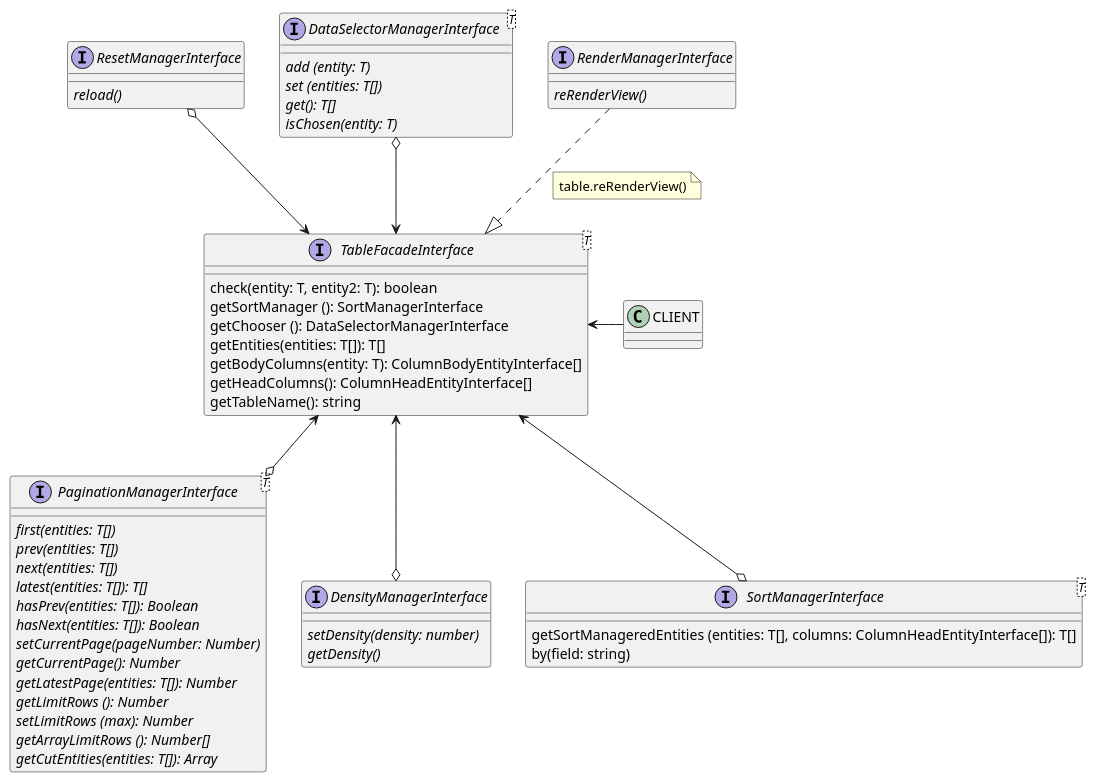
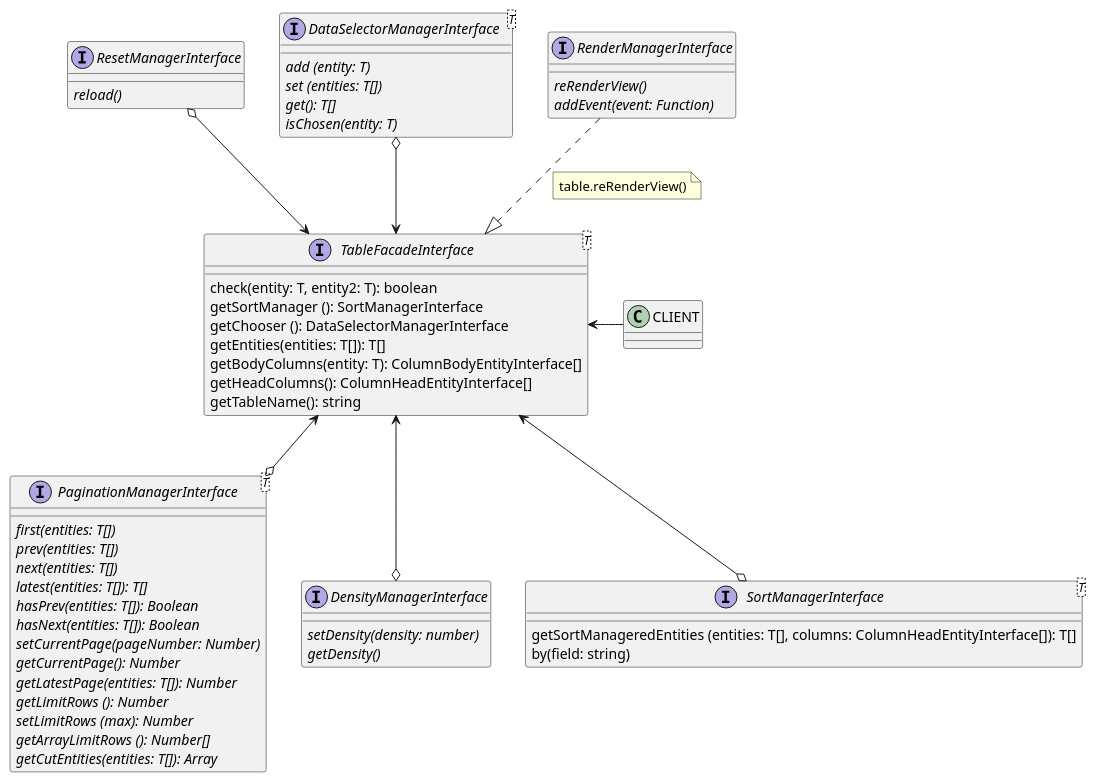
The diagram in src/Models/RenderManager/RenderManager.puml (gothic-prince/table-component-es), drawn with PlantUML before and after one commit. The commit also changed 9 other files, not shown here.

```diff
--- a/src/Models/RenderManager/RenderManager.puml
+++ b/src/Models/RenderManager/RenderManager.puml
@@ -1,66 +1,67 @@
 @startuml
 
 interface PaginationManagerInterface <T> {
   {abstract} first(entities: T[])
   {abstract} prev(entities: T[])
   {abstract} next(entities: T[])
   {abstract} latest(entities: T[]): T[]
   {abstract} hasPrev(entities: T[]): Boolean
   {abstract} hasNext(entities: T[]): Boolean
   {abstract} setCurrentPage(pageNumber: Number)
   {abstract} getCurrentPage(): Number
   {abstract} getLatestPage(entities: T[]): Number
   {abstract} getLimitRows (): Number
   {abstract} setLimitRows (max): Number
   {abstract} getArrayLimitRows (): Number[]
   {abstract} getCutEntities(entities: T[]): Array
 }
 interface DensityManagerInterface {
   {abstract} setDensity(density: number)
   {abstract} getDensity()
 }
 interface ResetManagerInterface {
   {abstract} reload()
 }
 interface DataSelectorManagerInterface <T> {
   {abstract} add (entity: T)
   {abstract} set (entities: T[])
   {abstract} get(): T[]
   {abstract} isChosen(entity: T)
 }
 
 interface SortManagerInterface <T> {
     getSortManageredEntities (entities: T[], columns: ColumnHeadEntityInterface[]): T[]
     by(field: string)
 }
 
 interface RenderManagerInterface {
     {abstract} reRenderView()
+    {abstract} addEvent(event: Function)
 }
 
 interface TableFacadeInterface <T> {
   check(entity: T, entity2: T): boolean
   getSortManager (): SortManagerInterface
   getChooser (): DataSelectorManagerInterface
   getEntities(entities: T[]): T[]
   getBodyColumns(entity: T): ColumnBodyEntityInterface[]
   getHeadColumns(): ColumnHeadEntityInterface[]
   getTableName(): string
 }
 
 DataSelectorManagerInterface o--> TableFacadeInterface
 
 ResetManagerInterface o--> TableFacadeInterface
 
 TableFacadeInterface <--o DensityManagerInterface
 
 TableFacadeInterface <--o PaginationManagerInterface
 
 TableFacadeInterface <--o SortManagerInterface
 
 RenderManagerInterface ..|> TableFacadeInterface
 note left on link
   table.reRenderView()
 end note
 TableFacadeInterface <- CLIENT
 @enduml
```
